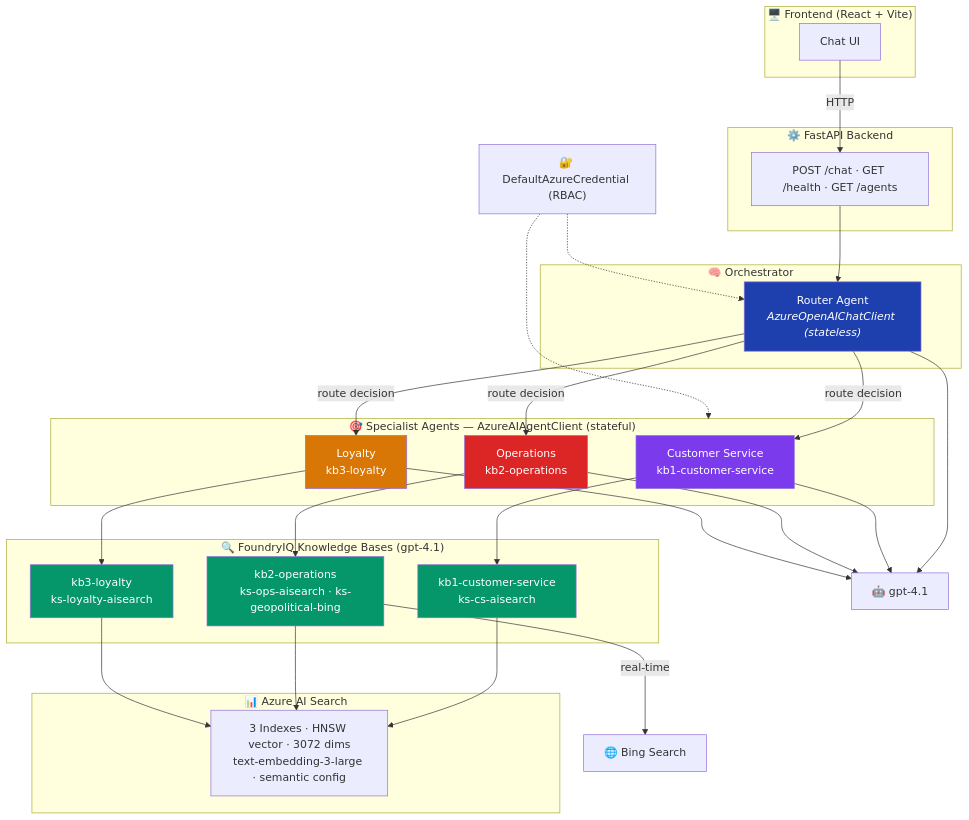
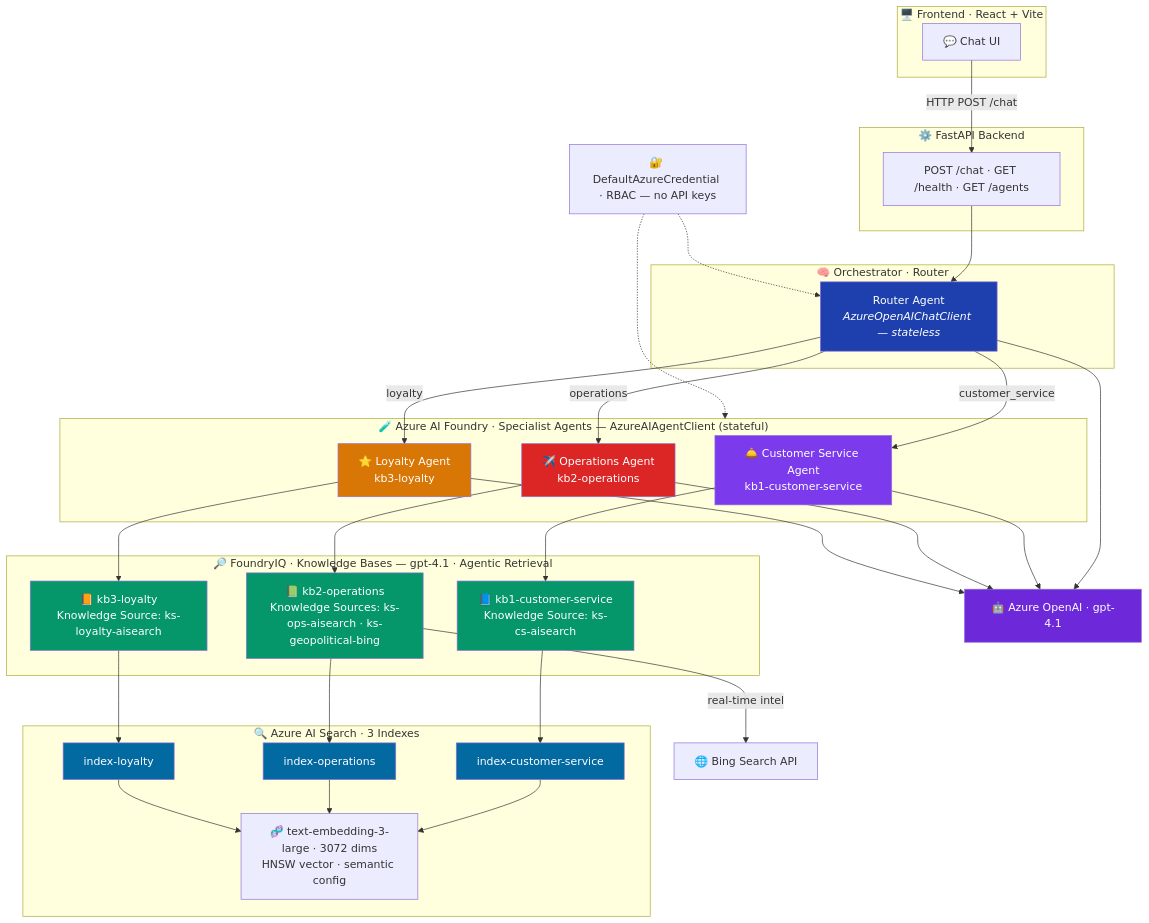
The diagram in README.md (nazmohammed/airline-foundryiq-demo), drawn with Mermaid before and after one commit.

Commit message:
docs: fix Mermaid diagram  full service names, icons, separate indexes

````diff
--- a/README.md
+++ b/README.md
@@ -25,60 +25,70 @@
 ```mermaid
 graph TB
-    subgraph Frontend["🖥️ Frontend (React + Vite)"]
-        UI[Chat UI]
+    subgraph Frontend["🖥️ Frontend · React + Vite"]
+        UI["💬 Chat UI"]
     end
 
     subgraph Backend["⚙️ FastAPI Backend"]
         API["POST /chat · GET /health · GET /agents"]
     end
 
-    subgraph Orchestrator["🧠 Orchestrator"]
-        Router["Router Agent<br/><i>AzureOpenAIChatClient (stateless)</i>"]
+    subgraph Orchestrator["🧠 Orchestrator · Router"]
+        Router["Router Agent<br/><i>AzureOpenAIChatClient — stateless</i>"]
     end
 
-    subgraph Specialists["🎯 Specialist Agents — AzureAIAgentClient (stateful)"]
-        CS["Customer Service<br/>kb1-customer-service"]
-        OPS["Operations<br/>kb2-operations"]
-        LOY["Loyalty<br/>kb3-loyalty"]
+    subgraph Specialists["🧪 Azure AI Foundry · Specialist Agents — AzureAIAgentClient (stateful)"]
+        CS["🛎️ Customer Service Agent<br/>kb1-customer-service"]
+        OPS["✈️ Operations Agent<br/>kb2-operations"]
+        LOY["⭐ Loyalty Agent<br/>kb3-loyalty"]
     end
 
-    subgraph FoundryIQ["🔍 FoundryIQ Knowledge Bases (gpt-4.1)"]
-        KB1["kb1-customer-service<br/>ks-cs-aisearch"]
-        KB2["kb2-operations<br/>ks-ops-aisearch · ks-geopolitical-bing"]
-        KB3["kb3-loyalty<br/>ks-loyalty-aisearch"]
+    subgraph FoundryIQ["🔎 FoundryIQ · Knowledge Bases — gpt-4.1 · Agentic Retrieval"]
+        KB1["📘 kb1-customer-service<br/>Knowledge Source: ks-cs-aisearch"]
+        KB2["📗 kb2-operations<br/>Knowledge Sources: ks-ops-aisearch · ks-geopolitical-bing"]
+        KB3["📙 kb3-loyalty<br/>Knowledge Source: ks-loyalty-aisearch"]
     end
 
-    subgraph Search["📊 Azure AI Search"]
-        IDX["3 Indexes · HNSW vector · 3072 dims<br/>text-embedding-3-large · semantic config"]
+    subgraph Search["🔍 Azure AI Search · 3 Indexes"]
+        IDX1["index-customer-service"]
+        IDX2["index-operations"]
+        IDX3["index-loyalty"]
+        EMB["🧬 text-embedding-3-large · 3072 dims<br/>HNSW vector · semantic config"]
     end
 
-    GPT["🤖 gpt-4.1"]
-    RBAC["🔐 DefaultAzureCredential (RBAC)"]
+    GPT["🤖 Azure OpenAI · gpt-4.1"]
+    RBAC["🔐 DefaultAzureCredential · RBAC — no API keys"]
 
-    UI -->|HTTP| API
+    UI -->|HTTP POST /chat| API
     API --> Router
-    Router -->|route decision| CS
-    Router -->|route decision| OPS
-    Router -->|route decision| LOY
+    Router -->|customer_service| CS
+    Router -->|operations| OPS
+    Router -->|loyalty| LOY
     CS --> KB1
     OPS --> KB2
     LOY --> KB3
-    KB1 --> IDX
-    KB2 --> IDX
-    KB2 -->|real-time| Bing["🌐 Bing Search"]
-    KB3 --> IDX
+    KB1 --> IDX1
+    KB2 --> IDX2
+    KB2 -->|real-time intel| Bing["🌐 Bing Search API"]
+    KB3 --> IDX3
+    IDX1 --> EMB
+    IDX2 --> EMB
+    IDX3 --> EMB
     Router --> GPT
     CS --> GPT
     OPS --> GPT
     LOY --> GPT
     RBAC -.-> Router
     RBAC -.-> Specialists
 
     style Router fill:#1E40AF,color:#fff
     style CS fill:#7C3AED,color:#fff
     style OPS fill:#DC2626,color:#fff
     style LOY fill:#D97706,color:#fff
     style KB1 fill:#059669,color:#fff
     style KB2 fill:#059669,color:#fff
     style KB3 fill:#059669,color:#fff
+    style IDX1 fill:#0369A1,color:#fff
+    style IDX2 fill:#0369A1,color:#fff
+    style IDX3 fill:#0369A1,color:#fff
+    style GPT fill:#6D28D9,color:#fff
 ```
````
